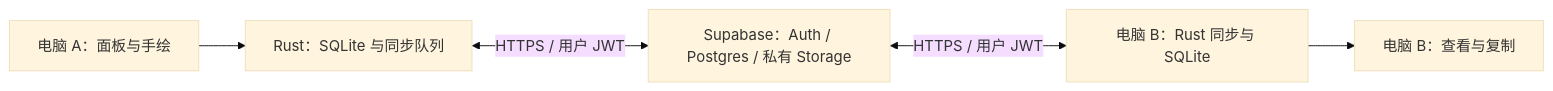
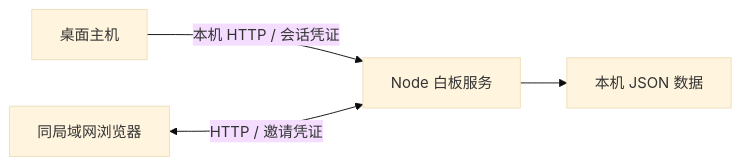
The diagram in docs/MVP-DESIGN.md (wukiQAQ/Arasn-notebook), drawn with Mermaid (base theme) before and after one commit. The commit also changed other lines of this file and 23 other files, not shown here.

````diff
--- a/docs/MVP-DESIGN.md
+++ b/docs/MVP-DESIGN.md
@@ -86,7 +27,6 @@
 ```mermaid
 flowchart LR
-  A[电脑 A：面板与手绘] --> AR[Rust：SQLite 与同步队列]
-  AR <-->|HTTPS / 用户 JWT| C[Supabase：Auth / Postgres / 私有 Storage]
-  C <-->|HTTPS / 用户 JWT| BR[电脑 B：Rust 同步与 SQLite]
-  BR --> B[电脑 B：查看与复制]
+  H[桌面主机] -->|本机 HTTP / 会话凭证| S[Node 白板服务]
+  C[同局域网浏览器] <-->|HTTP / 邀请凭证| S
+  S --> F[本机 JSON 数据]
 ```
````
